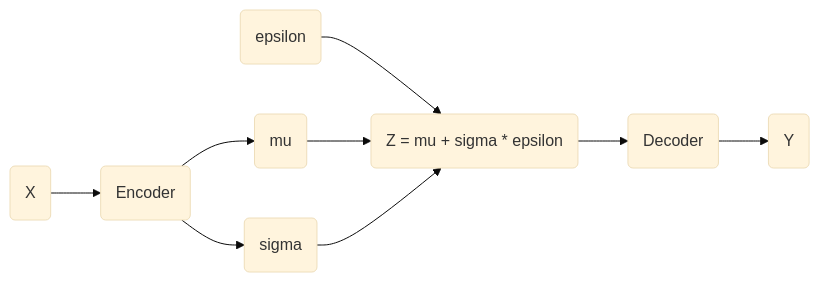
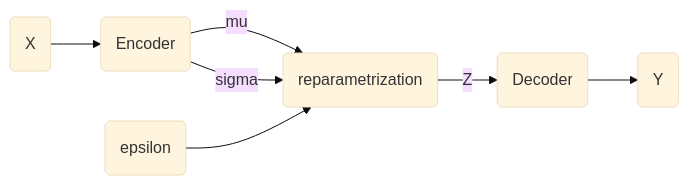
The second of 3 diagrams in ArtificialIntelligence/DeepLearning/autoencoders.md (rhiga2/notes), drawn with Mermaid (base theme) before and after one commit. The commit also changed other lines of this file and 2 other files, not shown here.

Commit message:
Edited mermaid diagram with edge labels

````diff
--- a/ArtificialIntelligence/DeepLearning/autoencoders.md
+++ b/ArtificialIntelligence/DeepLearning/autoencoders.md
@@ -69,11 +68,9 @@
 ```mermaid
 flowchart LR
     A(X) --> B(Encoder)
-    B --> C(mu)
-    B --> D(sigma)
-    F(epsilon) --> E 
-    C --> E(Z = mu + sigma * epsilon)
-    D --> E
-    E --> G(Decoder)
+    B --> |mu| C(reparametrization)
+    B --> |sigma| C
+    D(epsilon) --> C 
+    C -->|Z| G(Decoder)
     G --> H(Y)
 ```
````
